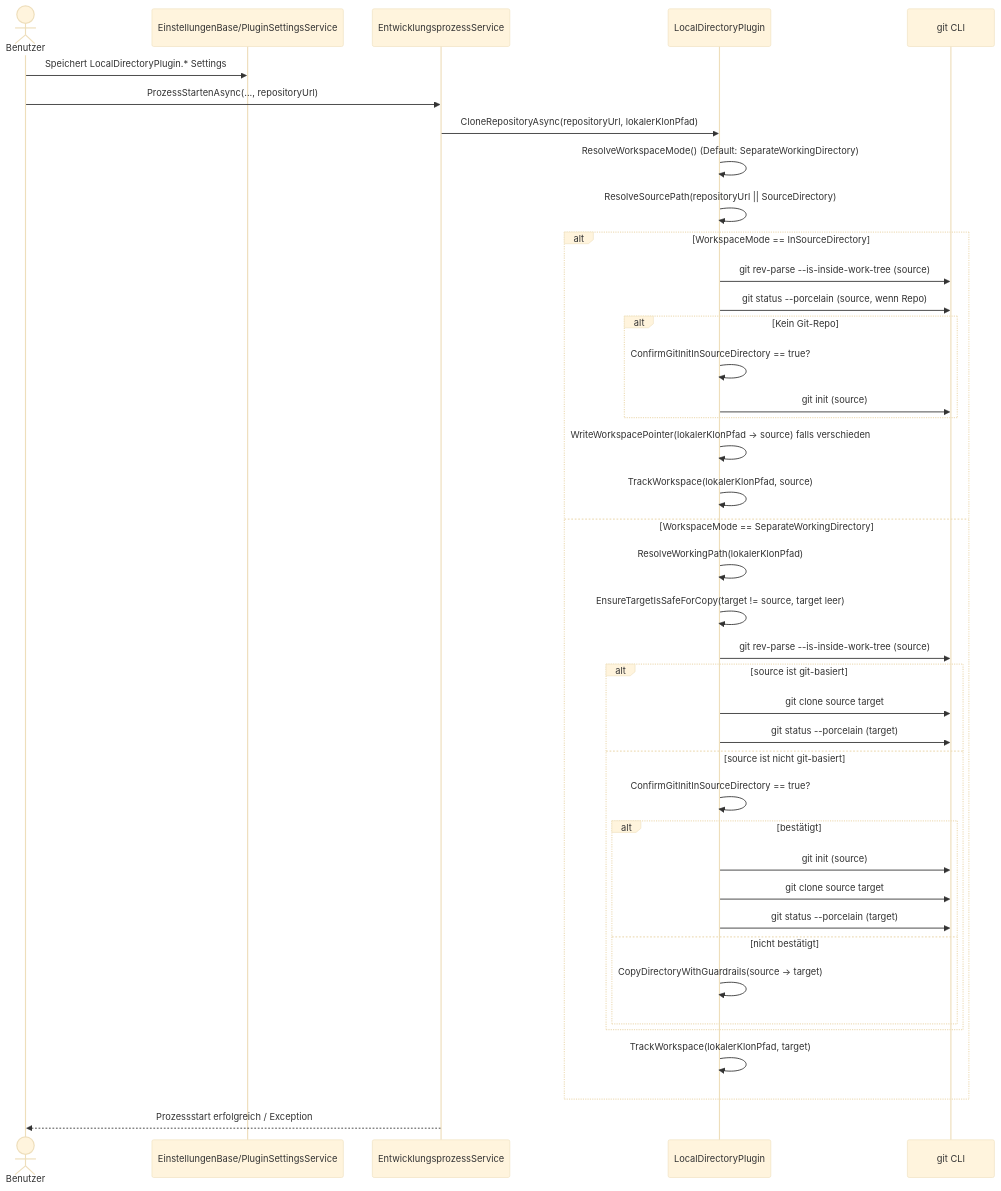
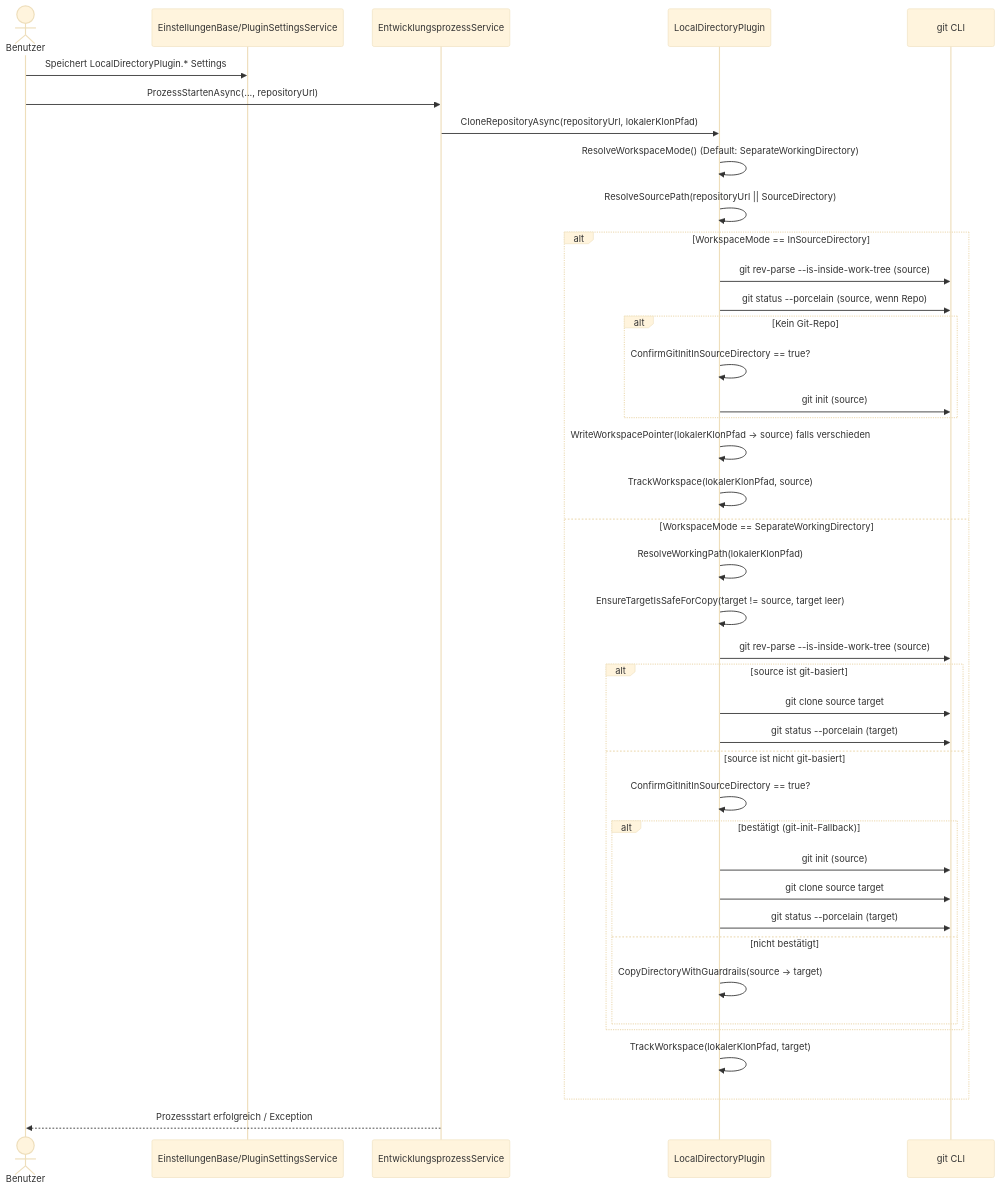
One commit to martin-stromberg/Softwareschmiede changed the first of 3 diagrams in docs/flows/local-directory-plugin-flow.md. Above: the diagram before and after it, drawn with Mermaid (base theme). The commit also changed other lines of this file and 28 other files, not shown here.

````diff
--- a/docs/flows/local-directory-plugin-flow.md
+++ b/docs/flows/local-directory-plugin-flow.md
@@ -25,45 +25,45 @@
 ```mermaid
 sequenceDiagram
     actor Benutzer
     participant Einst as EinstellungenBase/PluginSettingsService
     participant Proc as EntwicklungsprozessService
     participant Plugin as LocalDirectoryPlugin
     participant Git as git CLI
 
     Benutzer->>Einst: Speichert LocalDirectoryPlugin.* Settings
     Benutzer->>Proc: ProzessStartenAsync(..., repositoryUrl)
     Proc->>Plugin: CloneRepositoryAsync(repositoryUrl, lokalerKlonPfad)
     Plugin->>Plugin: ResolveWorkspaceMode() (Default: SeparateWorkingDirectory)
     Plugin->>Plugin: ResolveSourcePath(repositoryUrl || SourceDirectory)
 
     alt WorkspaceMode == InSourceDirectory
         Plugin->>Git: git rev-parse --is-inside-work-tree (source)
         Plugin->>Git: git status --porcelain (source, wenn Repo)
         alt Kein Git-Repo
             Plugin->>Plugin: ConfirmGitInitInSourceDirectory == true?
             Plugin->>Git: git init (source)
         end
         Plugin->>Plugin: WriteWorkspacePointer(lokalerKlonPfad -> source) falls verschieden
         Plugin->>Plugin: TrackWorkspace(lokalerKlonPfad, source)
     else WorkspaceMode == SeparateWorkingDirectory
         Plugin->>Plugin: ResolveWorkingPath(lokalerKlonPfad)
         Plugin->>Plugin: EnsureTargetIsSafeForCopy(target != source, target leer)
         Plugin->>Git: git rev-parse --is-inside-work-tree (source)
         alt source ist git-basiert
             Plugin->>Git: git clone source target
             Plugin->>Git: git status --porcelain (target)
         else source ist nicht git-basiert
             Plugin->>Plugin: ConfirmGitInitInSourceDirectory == true?
-            alt bestätigt
+            alt bestätigt (git-init-Fallback)
                 Plugin->>Git: git init (source)
                 Plugin->>Git: git clone source target
                 Plugin->>Git: git status --porcelain (target)
             else nicht bestätigt
                 Plugin->>Plugin: CopyDirectoryWithGuardrails(source -> target)
             end
         end
         Plugin->>Plugin: TrackWorkspace(lokalerKlonPfad, target)
     end
 
     Proc-->>Benutzer: Prozessstart erfolgreich / Exception
 ```
````
